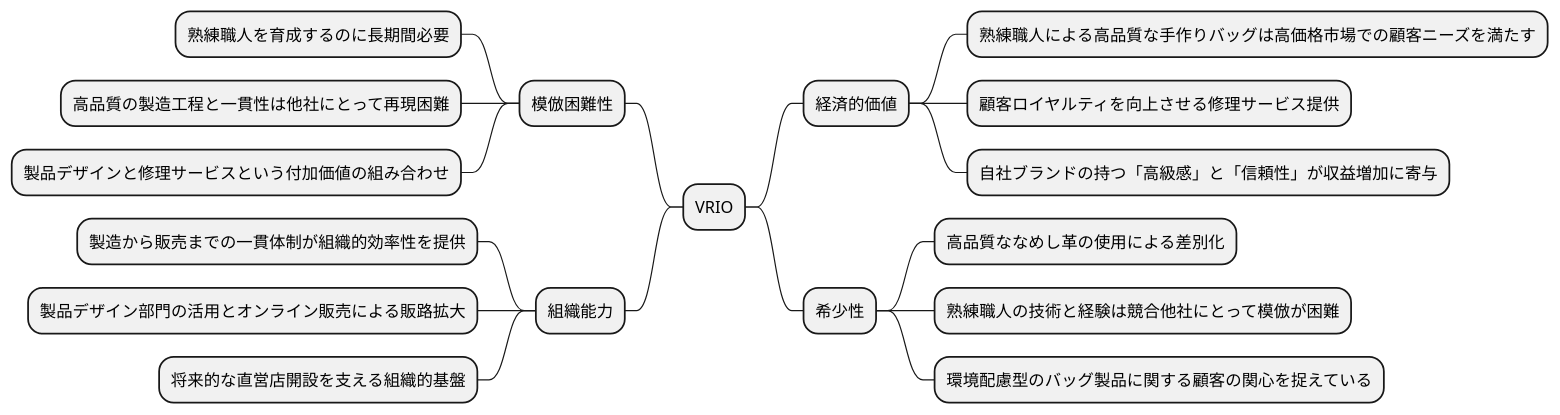
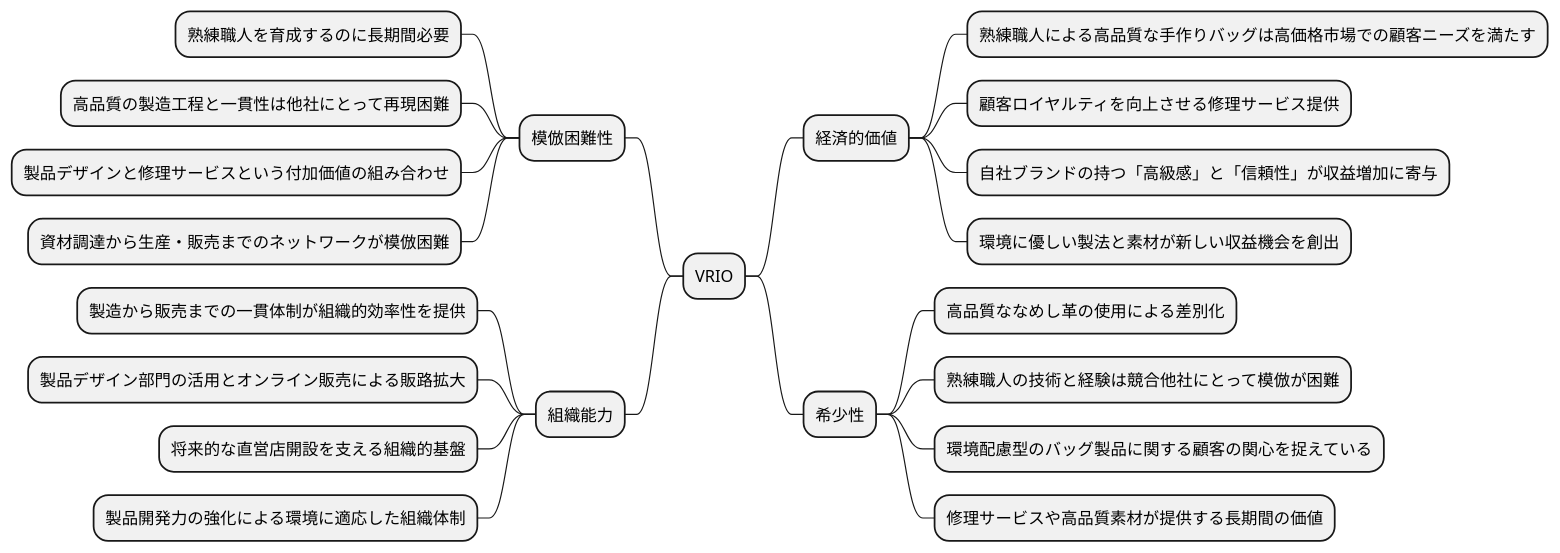
One commit to k2works/case-study-business-analysis changed the fourth of 19 diagrams in docs/case/r03_case_3.adoc. Above: the diagram before and after it, drawn with PlantUML. The commit also changed other lines of this file, not shown here.

```diff
--- a/docs/case/r03_case_3.adoc
+++ b/docs/case/r03_case_3.adoc
@@ -188,25 +195,29 @@
 [plantuml]
 ----
 @startmindmap
 
 * VRIO
 ** 経済的価値
 *** 熟練職人による高品質な手作りバッグは高価格市場での顧客ニーズを満たす
 *** 顧客ロイヤルティを向上させる修理サービス提供
 *** 自社ブランドの持つ「高級感」と「信頼性」が収益増加に寄与
+*** 環境に優しい製法と素材が新しい収益機会を創出
 ** 希少性
 *** 高品質ななめし革の使用による差別化
 *** 熟練職人の技術と経験は競合他社にとって模倣が困難
 *** 環境配慮型のバッグ製品に関する顧客の関心を捉えている
+*** 修理サービスや高品質素材が提供する長期間の価値
 left side
 ** 模倣困難性
 *** 熟練職人を育成するのに長期間必要
 *** 高品質の製造工程と一貫性は他社にとって再現困難
 *** 製品デザインと修理サービスという付加価値の組み合わせ
+*** 資材調達から生産・販売までのネットワークが模倣困難
 ** 組織能力
 *** 製造から販売までの一貫体制が組織的効率性を提供
 *** 製品デザイン部門の活用とオンライン販売による販路拡大
 *** 将来的な直営店開設を支える組織的基盤
+*** 製品開発力の強化による環境に適応した組織体制
 
 @endmindmap
 ----
```
